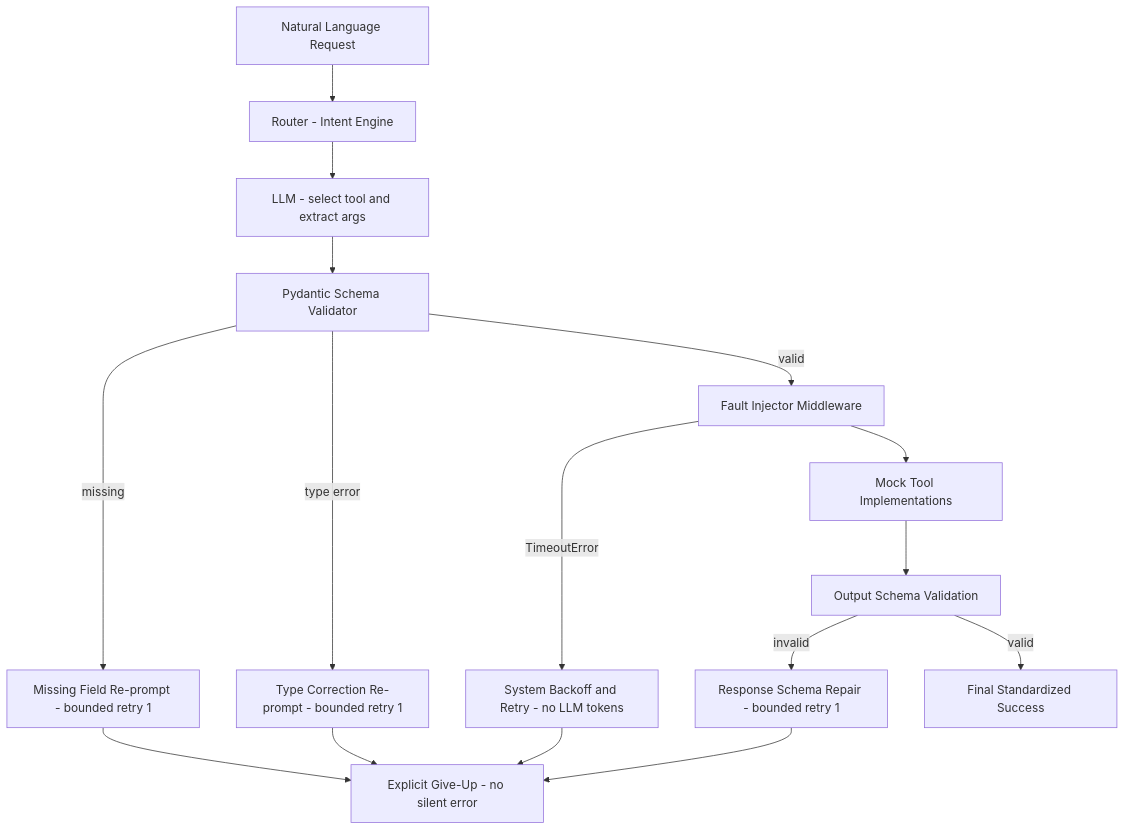
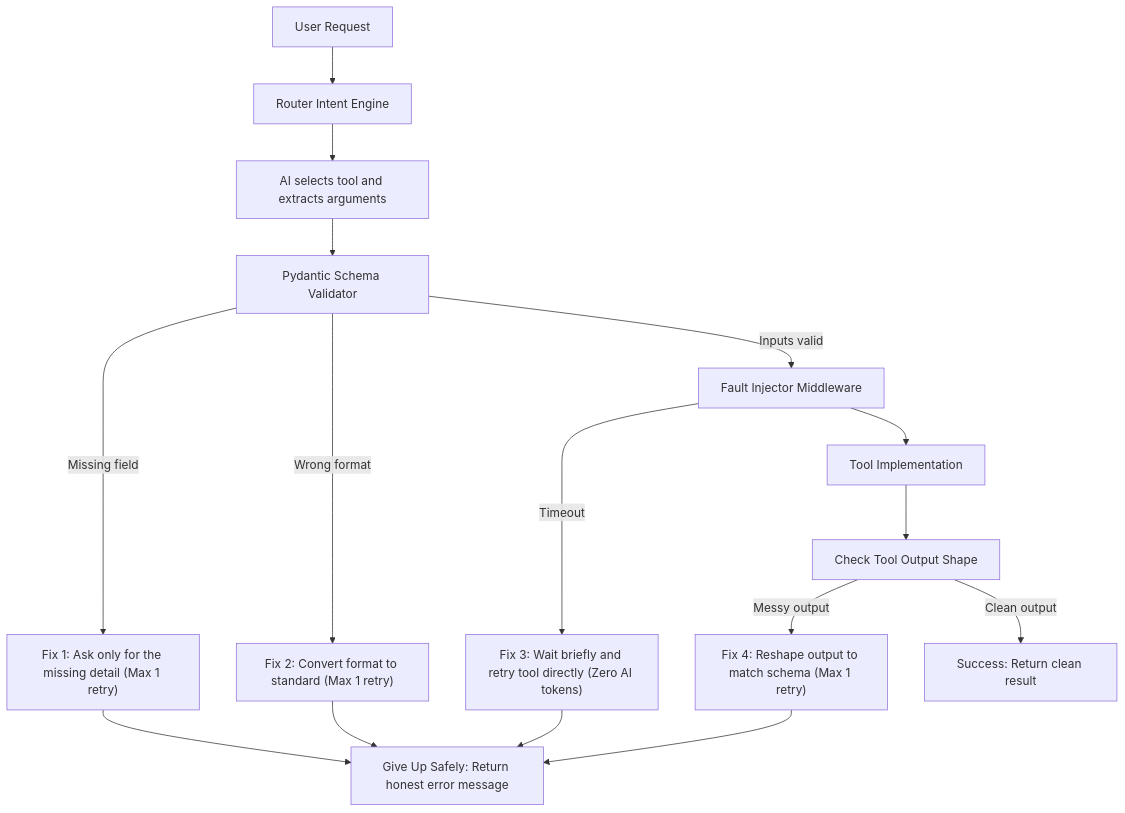
One commit to Shamshuu/AI-Function-Calling-Router-with-Pydantic-and-Injected-Failure-Recovery changed the diagram in README.md. Above: the diagram before and after it, drawn with Mermaid. The commit also changed other lines of this file, not shown here.

Commit message:
feat: initialize AI function-calling router with Pydantic validation and failure recovery

````diff
--- a/README.md
+++ b/README.md
@@ -8,18 +17,18 @@
 ```mermaid
 graph TD
-    A[Natural Language Request] --> B[Router - Intent Engine]
-    B --> C[LLM - select tool and extract args]
-    C --> D[Pydantic Schema Validator]
-    D -- "missing" --> P1[Missing Field Re-prompt - bounded retry 1]
-    D -- "type error" --> P2[Type Correction Re-prompt - bounded retry 1]
-    D -- valid --> E[Fault Injector Middleware]
-    E -- TimeoutError --> P3[System Backoff and Retry - no LLM tokens]
-    E --> F[Mock Tool Implementations]
-    F --> G[Output Schema Validation]
-    G -- invalid --> P4[Response Schema Repair - bounded retry 1]
-    P1 --> H[Explicit Give-Up - no silent error]
+    A["User Request"] --> B["Router Intent Engine"]
+    B --> C["AI selects tool and extracts arguments"]
+    C --> D["Pydantic Schema Validator"]
+    D -- "Missing field" --> P1["Fix 1: Ask only for the missing detail (Max 1 retry)"]
+    D -- "Wrong format" --> P2["Fix 2: Convert format to standard (Max 1 retry)"]
+    D -- "Inputs valid" --> E["Fault Injector Middleware"]
+    E -- "Timeout" --> P3["Fix 3: Wait briefly and retry tool directly (Zero AI tokens)"]
+    E --> F["Tool Implementation"]
+    F --> G["Check Tool Output Shape"]
+    G -- "Messy output" --> P4["Fix 4: Reshape output to match schema (Max 1 retry)"]
+    P1 --> H["Give Up Safely: Return honest error message"]
     P2 --> H
     P3 --> H
     P4 --> H
-    G -- valid --> I[Final Standardized Success]
+    G -- "Clean output" --> I["Success: Return clean result"]
 ```
````
